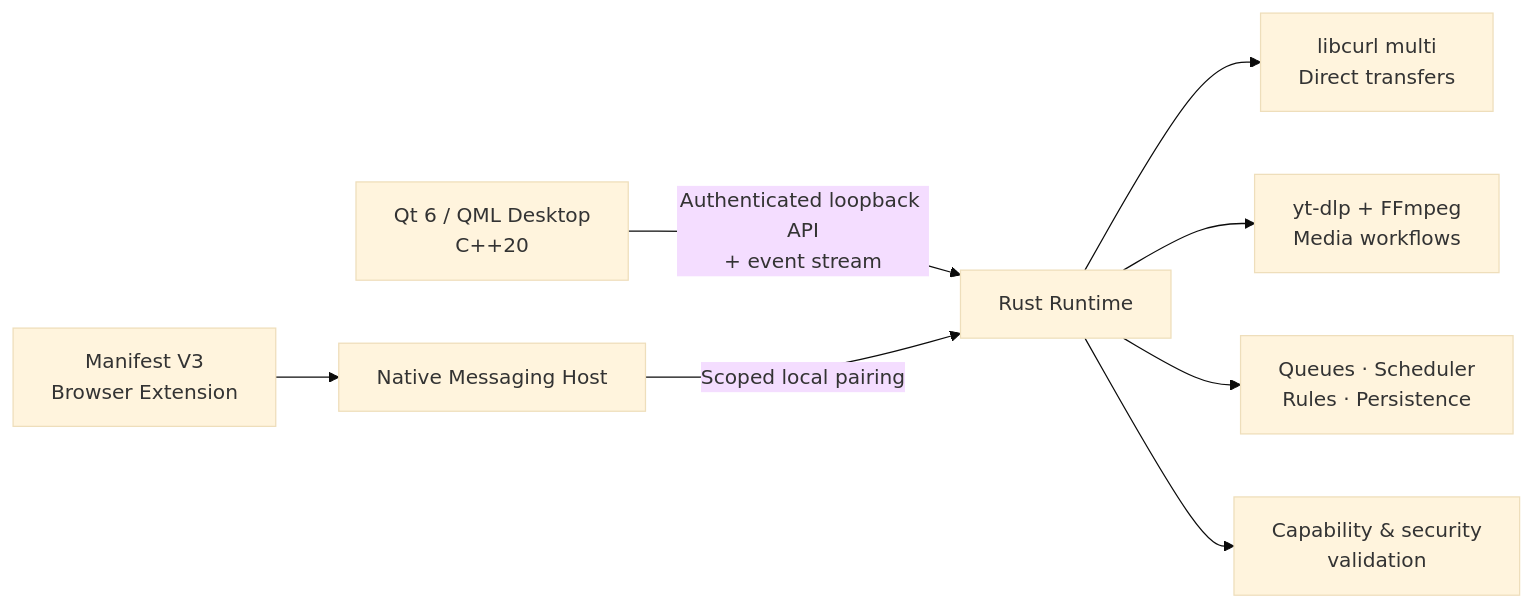
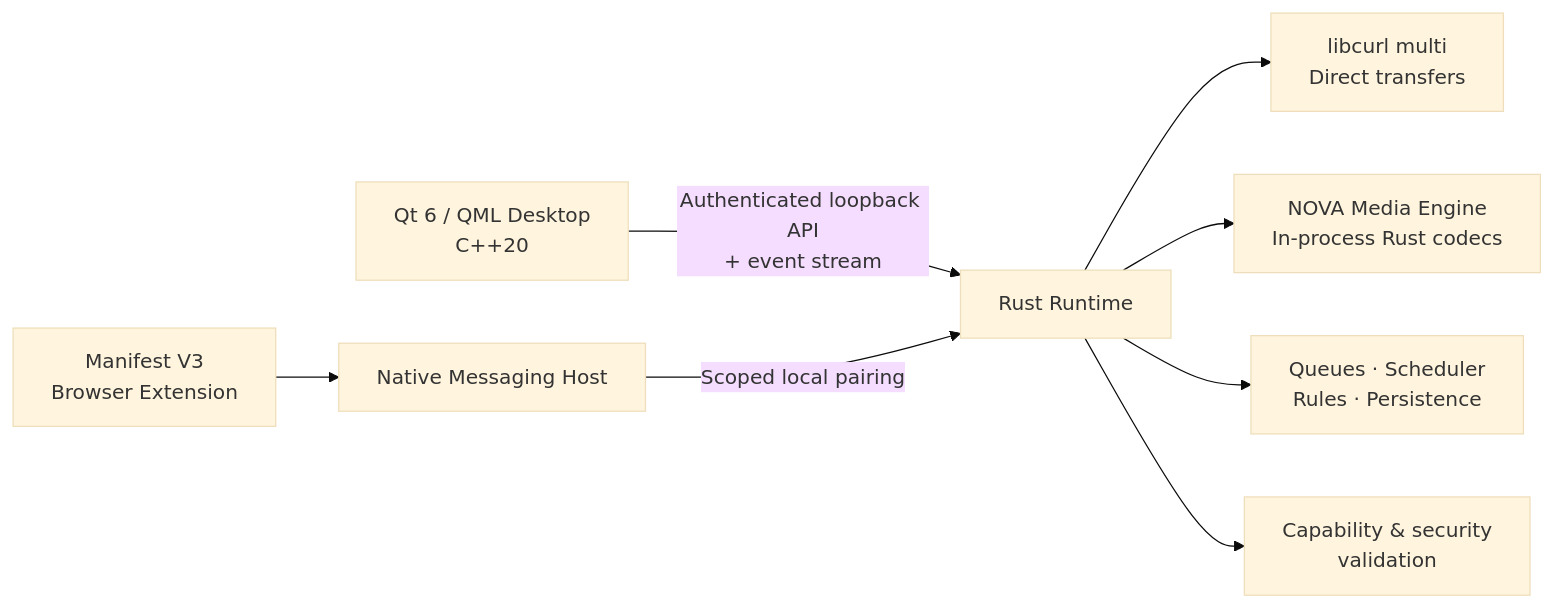
Before and after one commit to Alaa91H/NOVADownloadManager: the diagram in README.md, drawn with Mermaid (base theme). The commit also changed other lines of this file and 126 other files, not shown here.

````diff
--- a/README.md
+++ b/README.md
@@ -69,11 +69,11 @@
 ```mermaid
 flowchart LR
     UI["Qt 6 / QML Desktop<br/>C++20"] -->|"Authenticated loopback API<br/>+ event stream"| CORE["Rust Runtime"]
     EXT["Manifest V3<br/>Browser Extension"] --> HOST["Native Messaging Host"]
     HOST -->|"Scoped local pairing"| CORE
 
     CORE --> CURL["libcurl multi<br/>Direct transfers"]
-    CORE --> MEDIA["yt-dlp + FFmpeg<br/>Media workflows"]
+    CORE --> MEDIA["NOVA Media Engine<br/>In-process Rust codecs"]
     CORE --> TASKS["Queues · Scheduler<br/>Rules · Persistence"]
     CORE --> GUARD["Capability & security<br/>validation"]
 ```
````
